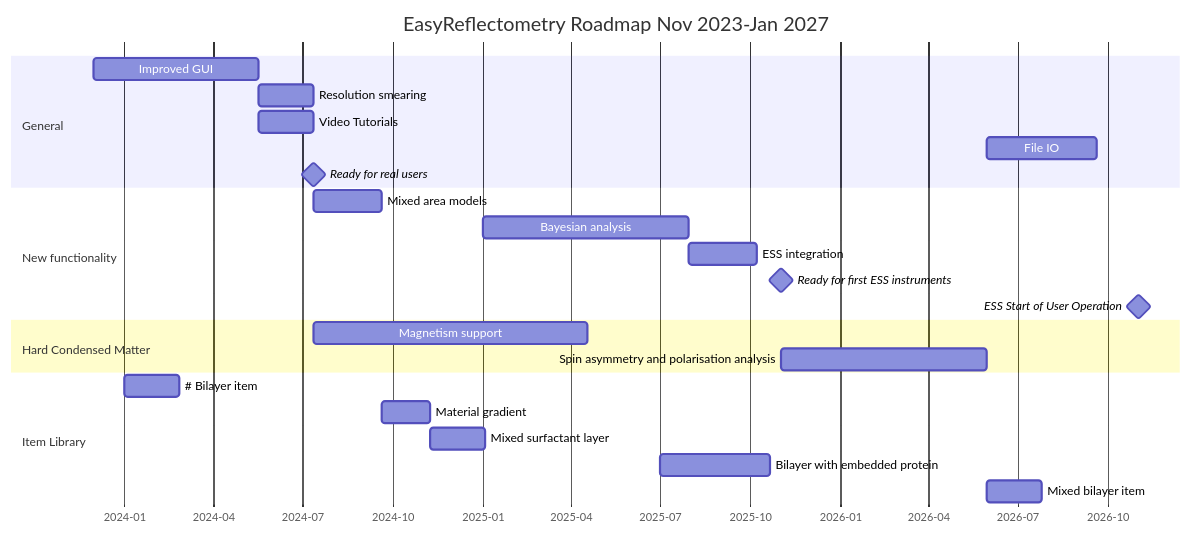
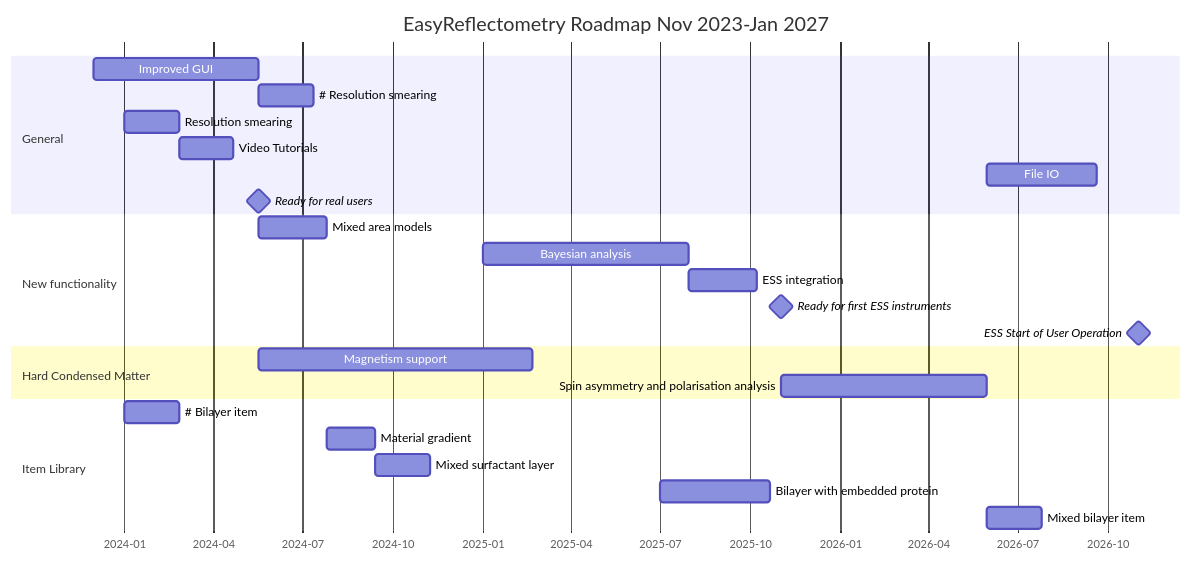
Before and after one commit to EasyScience/EasyReflectometryApp: the diagram in ROADMAP.md, drawn with Mermaid.

Commit message:
more effort at the start of 2024

````diff
--- a/ROADMAP.md
+++ b/ROADMAP.md
@@ -8,32 +8,33 @@
 ```mermaid
 gantt
     title EasyReflectometry Roadmap Nov 2023-Jan 2027
     dateFormat  YYYY-MM
     axisFormat  %Y-%m
     todaymarker off
 
     section General
     Improved GUI :a1, 2023-12, 24w
-    Resolution smearing :a2, after a1, 8w
-    Video Tutorials :a3, after a1, 8w
+    # Resolution smearing :a2, after a1, 8w
+    Resolution smearing :a2, 2024-01, 8w
+    Video Tutorials :a3, after a2, 8w
     File IO :a4, after c2, 16w
-    Ready for real users: milestone, m1, after a3, 2min
+    Ready for real users: milestone, m1, after a1, 2min
 
     section New functionality
     Mixed area models :b1, after m1, 10w
     Bayesian analysis :b3, 2025-01, 30w
     ESS integration :b2, after b3, 10w
     Ready for first ESS instruments :milestone, m2, 2025-11, 2min
     ESS Start of User Operation :milestone, m3, 2026-11, 2min
 
     section Hard Condensed Matter
     Magnetism support :c1, after m1, 40w
     Spin asymmetry and polarisation analysis :c2, after m2, 30w
 
     section Item Library
     # Bilayer item :d1, 2024-01, 8w
     Material gradient :d2, after b1, 7w
     Mixed surfactant layer :d3, after d2, 8w
     Bilayer with embedded protein :d4, 2025-07, 16w
     Mixed bilayer item :d5, after c2, 8w
 ```
````
